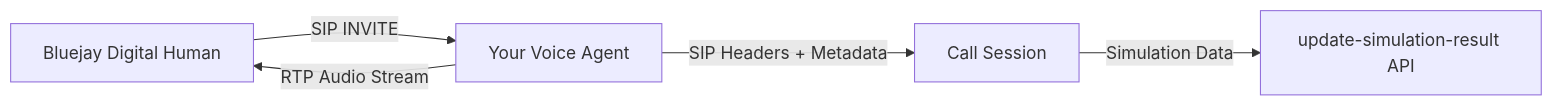
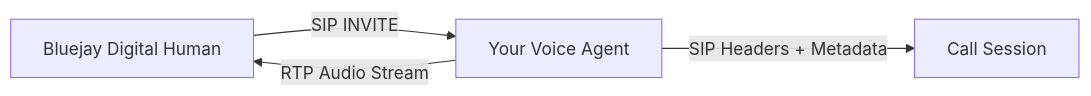
Before and after one commit to bluejay-ai-dev/docs: the diagram in simulation-integrations/sip.mdx, drawn with Mermaid. The commit also changed other lines of this file and 3 other files, not shown here.

````diff
--- a/simulation-integrations/sip.mdx
+++ b/simulation-integrations/sip.mdx
@@ -23,7 +23,6 @@
 ```mermaid
 graph LR
     A[Bluejay Digital Human] -->|SIP INVITE| B[Your Voice Agent]
     B -->|SIP Headers + Metadata| C[Call Session]
     B -->|RTP Audio Stream| A
-    C -->|Simulation Data| D[update-simulation-result API]
 ```
````
